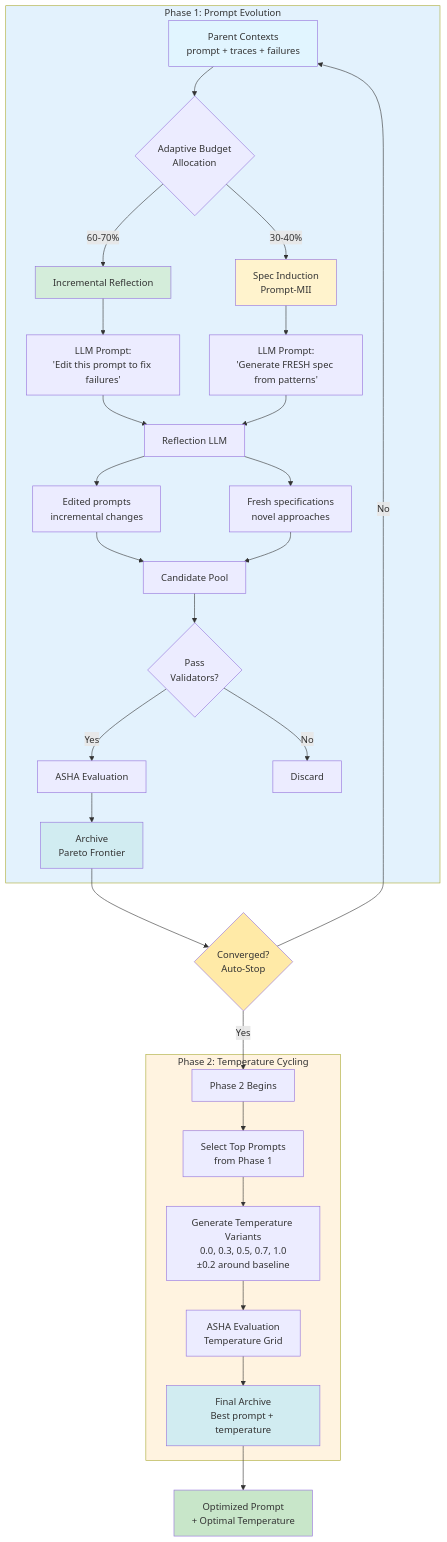
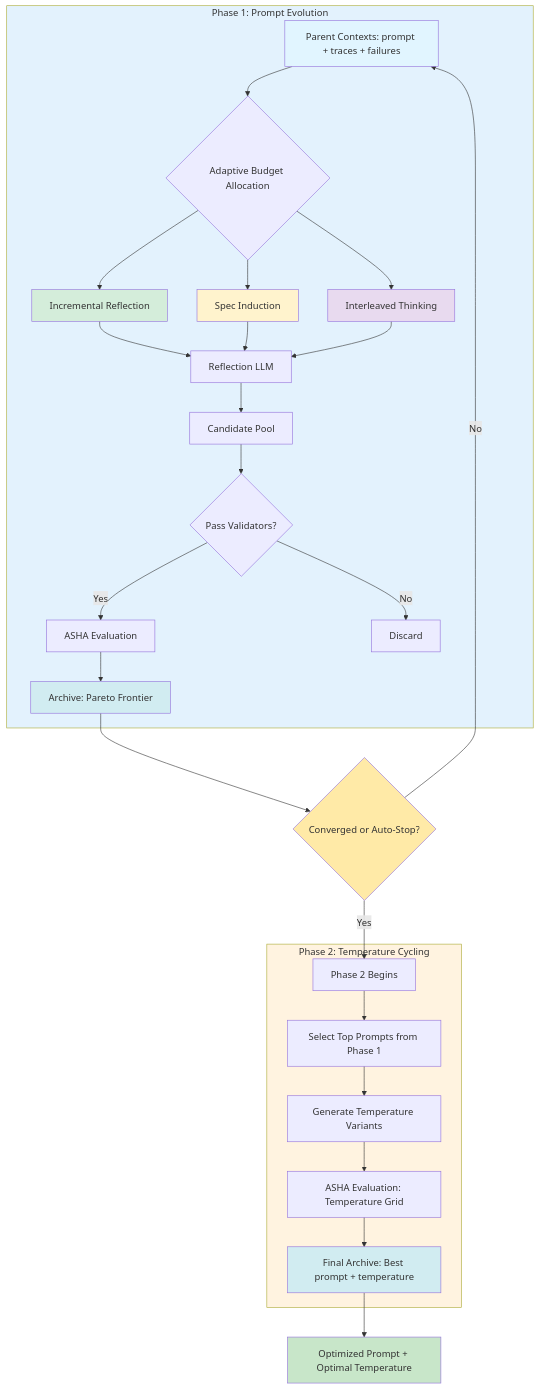
Before and after one commit to gregm711/gepa: the third of 4 diagrams in README.md, drawn with Mermaid. The commit also changed other lines of this file, not shown here.

````diff
--- a/README.md
+++ b/README.md
@@ -498,50 +487,46 @@
 ```mermaid
 graph TB
     subgraph Phase1["Phase 1: Prompt Evolution"]
-        Start[Parent Contexts<br/>prompt + traces + failures] --> Allocate{Adaptive Budget<br/>Allocation}
+        Start[Parent Contexts: prompt + traces + failures] --> Allocate{Adaptive Budget Allocation}
 
-        Allocate -->|60-70%| Reflection[Incremental Reflection]
-        Allocate -->|30-40%| SpecInd[Spec Induction<br/>Prompt-MII]
+        Allocate --> Reflection[Incremental Reflection]
+        Allocate --> SpecInd[Spec Induction]
+        Allocate --> Interleaved[Interleaved Thinking]
 
-        Reflection --> RefPrompt["LLM Prompt:<br/>'Edit this prompt to fix failures'"]
-        SpecInd --> SpecPrompt["LLM Prompt:<br/>'Generate FRESH spec from patterns'"]
+        Reflection --> RefLLM[Reflection LLM]
+        SpecInd --> RefLLM
+        Interleaved --> RefLLM
 
-        RefPrompt --> RefLLM[Reflection LLM]
-        SpecPrompt --> RefLLM
+        RefLLM --> Pool[Candidate Pool]
 
-        RefLLM --> RefOut[Edited prompts<br/>incremental changes]
-        RefLLM --> SpecOut[Fresh specifications<br/>novel approaches]
-
-        RefOut --> Pool[Candidate Pool]
-        SpecOut --> Pool
-
-        Pool --> Validate{Pass<br/>Validators?}
+        Pool --> Validate{Pass Validators?}
         Validate -->|Yes| ASHA1[ASHA Evaluation]
         Validate -->|No| Discard[Discard]
 
-        ASHA1 --> Archive1[Archive<br/>Pareto Frontier]
+        ASHA1 --> Archive1[Archive: Pareto Frontier]
     end
 
-    Archive1 --> Convergence{Converged?<br/>Auto-Stop}
+    Archive1 --> Convergence{Converged or Auto-Stop?}
     Convergence -->|Yes| Phase2Start[Phase 2 Begins]
     Convergence -->|No| Start
 
     subgraph Phase2["Phase 2: Temperature Cycling"]
-        Phase2Start --> TopPrompts[Select Top Prompts<br/>from Phase 1]
-        TopPrompts --> TempRange["Generate Temperature Variants<br/>0.0, 0.3, 0.5, 0.7, 1.0<br/>±0.2 around baseline"]
-        TempRange --> ASHA2[ASHA Evaluation<br/>Temperature Grid]
-        ASHA2 --> Archive2[Final Archive<br/>Best prompt + temperature]
+        Phase2Start --> TopPrompts[Select Top Prompts from Phase 1]
+        TopPrompts --> TempRange[Generate Temperature Variants]
+        TempRange --> ASHA2[ASHA Evaluation: Temperature Grid]
+        ASHA2 --> Archive2[Final Archive: Best prompt + temperature]
     end
 
-    Archive2 --> Results[Optimized Prompt<br/>+ Optimal Temperature]
+    Archive2 --> Results[Optimized Prompt + Optimal Temperature]
 
     style Phase1 fill:#e3f2fd
     style Phase2 fill:#fff3e0
     style Start fill:#e1f5ff
     style Reflection fill:#d4edda
     style SpecInd fill:#fff3cd
+    style Interleaved fill:#e8daef
     style Archive1 fill:#d1ecf1
     style Archive2 fill:#d1ecf1
     style Results fill:#c8e6c9
     style Convergence fill:#ffeaa7
 ```
````
